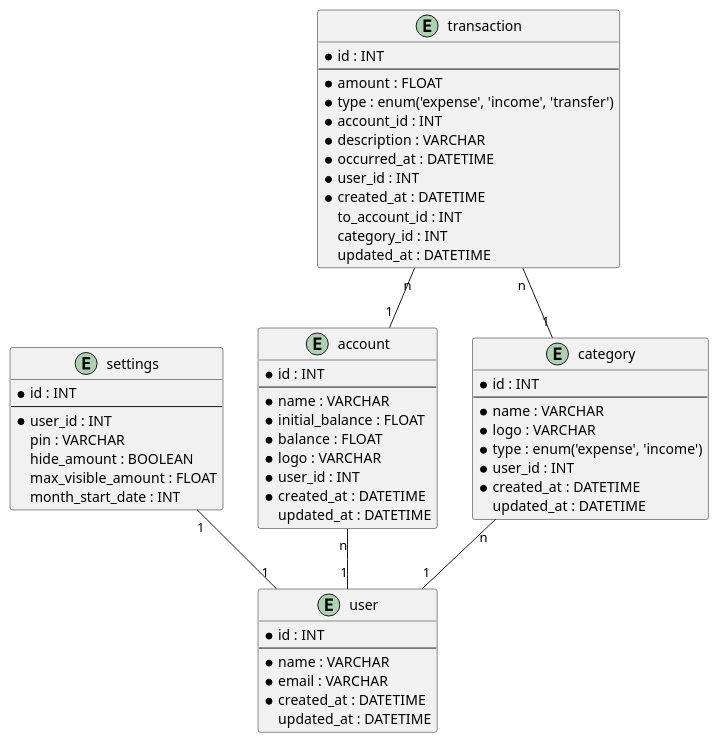
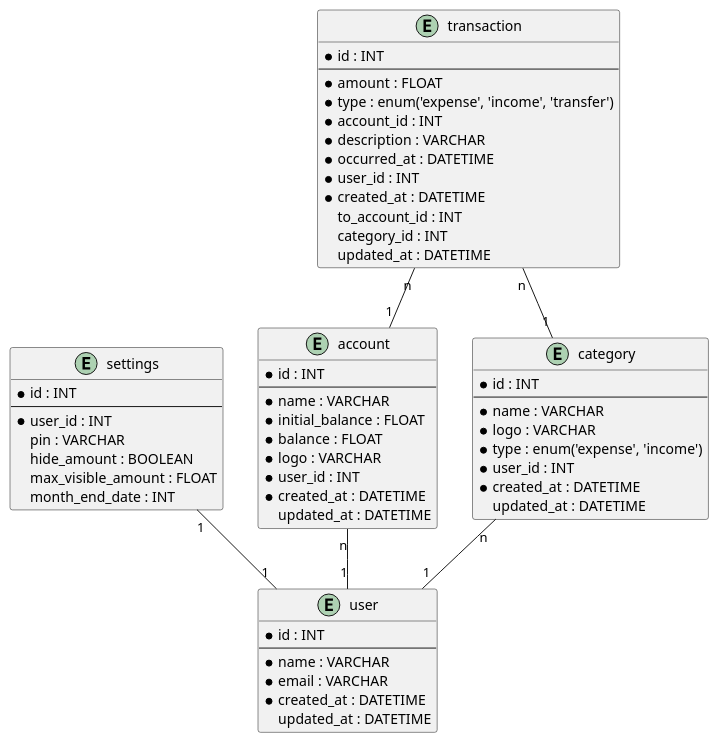
The diagram in docs/erd.puml (ylfyt/duitify), drawn with PlantUML before and after one commit. The commit also changed 10 other files, not shown here.

Commit message:
wip: adding cash flow report

```diff
--- a/docs/erd.puml
+++ b/docs/erd.puml
@@ -1,67 +1,67 @@
 @startuml erd
 
 entity user {
     * id : INT
     --
     * name : VARCHAR
     * email : VARCHAR
     * created_at : DATETIME
     updated_at : DATETIME
 }
 
 entity settings {
     * id : INT
     --
     * user_id : INT
     pin : VARCHAR
     hide_amount : BOOLEAN
     max_visible_amount : FLOAT
-    month_start_date : INT    
+    month_end_date : INT    
 }
 
 entity account {
     * id : INT
     --
     * name : VARCHAR
     * initial_balance : FLOAT
     * balance : FLOAT
     * logo : VARCHAR
     * user_id : INT
     * created_at : DATETIME
     updated_at : DATETIME
 }
 
 entity category {
     * id : INT
     --
     * name : VARCHAR
     * logo : VARCHAR
     * type : enum('expense', 'income')
     * user_id : INT
     * created_at : DATETIME
     updated_at : DATETIME
 }
 
 
 entity transaction {
     * id : INT
     --
     * amount : FLOAT
     * type : enum('expense', 'income', 'transfer')
     * account_id : INT
     * description : VARCHAR
     * occurred_at : DATETIME
     * user_id : INT
     * created_at : DATETIME
     to_account_id : INT
     category_id : INT
     updated_at : DATETIME
 }
 
 account "n" -- "1" user
 category "n" -- "1" user
 transaction "n" -- "1" account
 transaction "n" -- "1" category
 settings "1" -- "1" user
 
 @enduml
```
